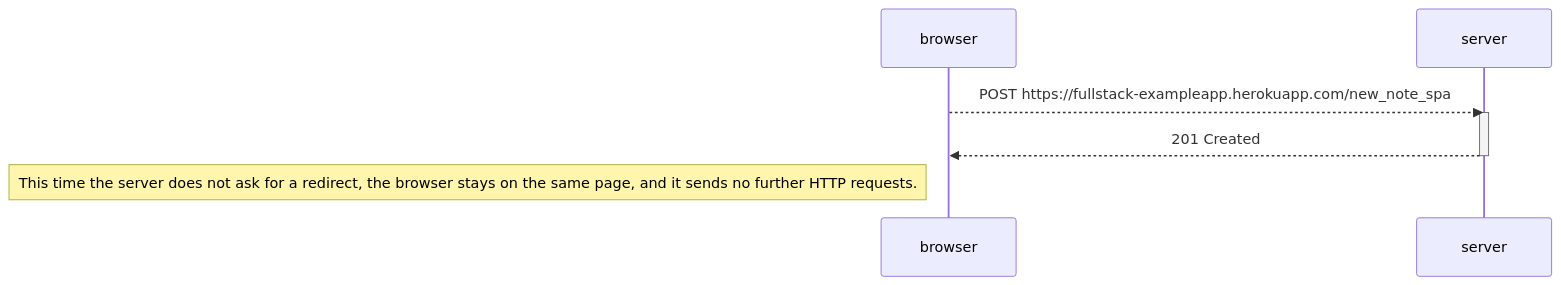
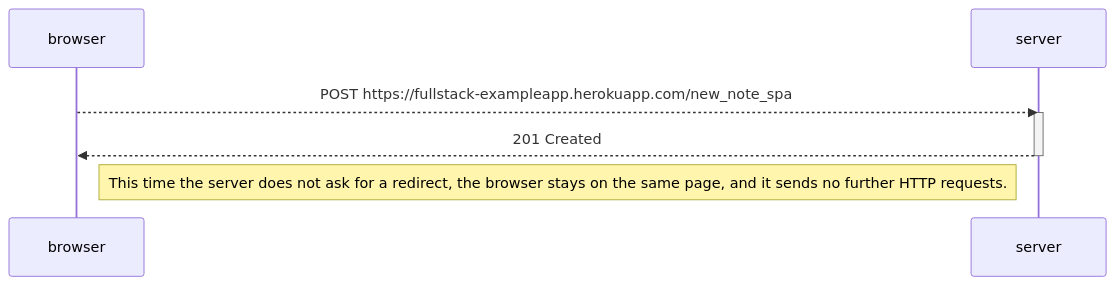
The diagram in part0/exercise_0.6.md (njw1520/full_stack_open), drawn with Mermaid before and after one commit.

Commit message:
Changed note placement for better space allocation

````diff
--- a/part0/exercise_0.6.md
+++ b/part0/exercise_0.6.md
@@ -1,12 +1,12 @@
 ``` mermaid
   sequenceDiagram
   participant browser
   participant server
 
   browser-->>server: POST https://fullstack-exampleapp.herokuapp.com/new_note_spa
   activate server
   server-->>browser: 201 Created
   deactivate server
 
-  Note left of browser: This time the server does not ask for a redirect, the browser stays on the same page, and it sends no further HTTP requests.
+  Note right of browser: This time the server does not ask for a redirect, the browser stays on the same page, and it sends no further HTTP requests.
 ```
````
